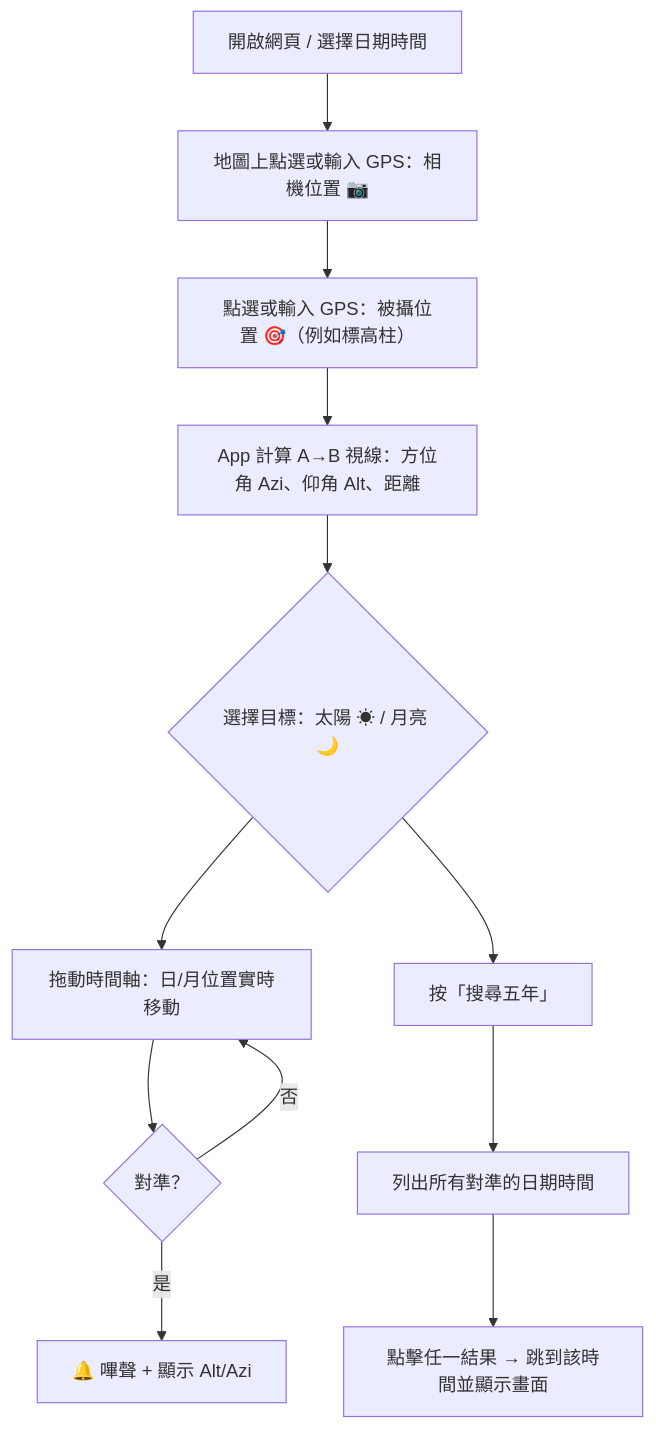
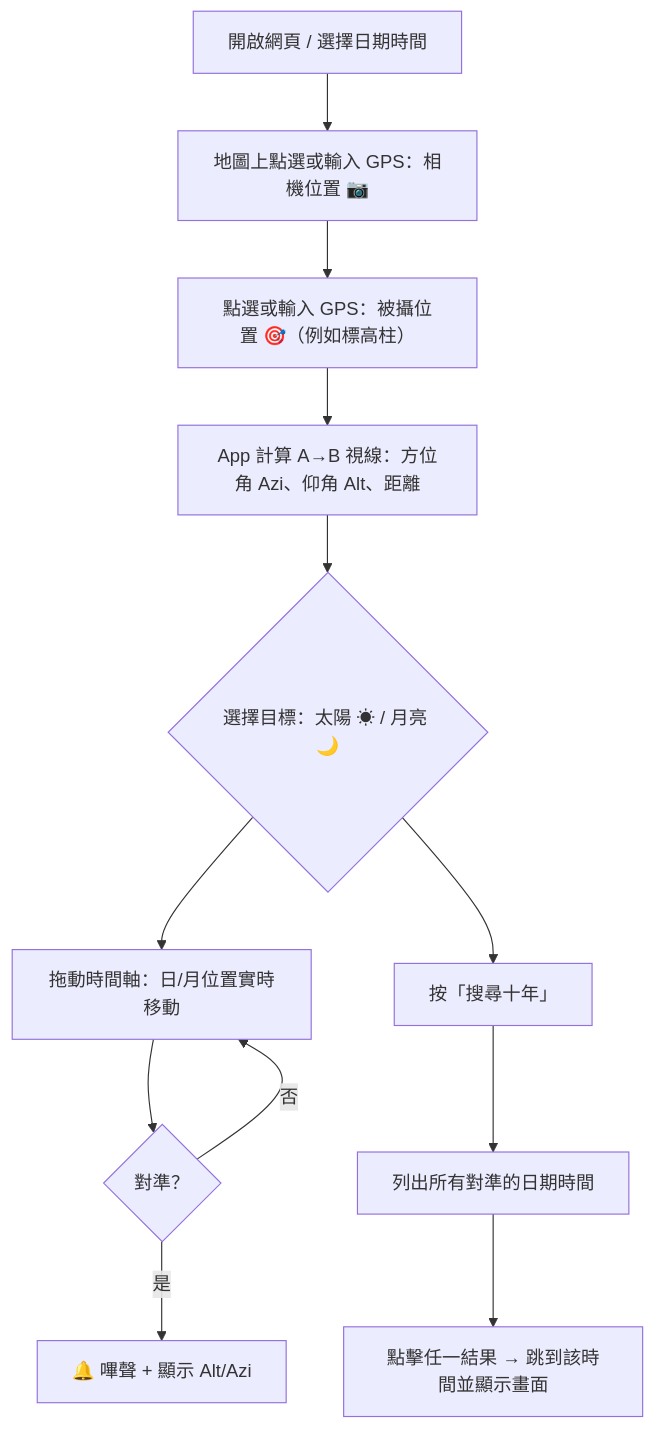
Before and after one commit to inchinet/sun-moon-trail: the first of 2 diagrams in README.md, drawn with Mermaid. The commit also changed other lines of this file and 1 other file, not shown here.

````diff
--- a/README.md
+++ b/README.md
@@ -81,14 +81,14 @@
 ```mermaid
 flowchart TD
     A["開啟網頁 / 選擇日期時間"] --> B["地圖上點選或輸入 GPS：相機位置 📷"]
     B --> C["點選或輸入 GPS：被攝位置 🎯（例如標高柱）"]
     C --> D["App 計算 A→B 視線：方位角 Azi、仰角 Alt、距離"]
     D --> E{"選擇目標：太陽 ☀ / 月亮 🌙"}
     E --> F["拖動時間軸：日/月位置實時移動"]
     F --> G{"對準？"}
     G -- "是" --> H["🔔 嗶聲 + 顯示 Alt/Azi"]
     G -- "否" --> F
-    E --> I["按「搜尋五年」"]
+    E --> I["按「搜尋十年」"]
     I --> J["列出所有對準的日期時間"]
     J --> K["點擊任一結果 → 跳到該時間並顯示畫面"]
 ```
````
